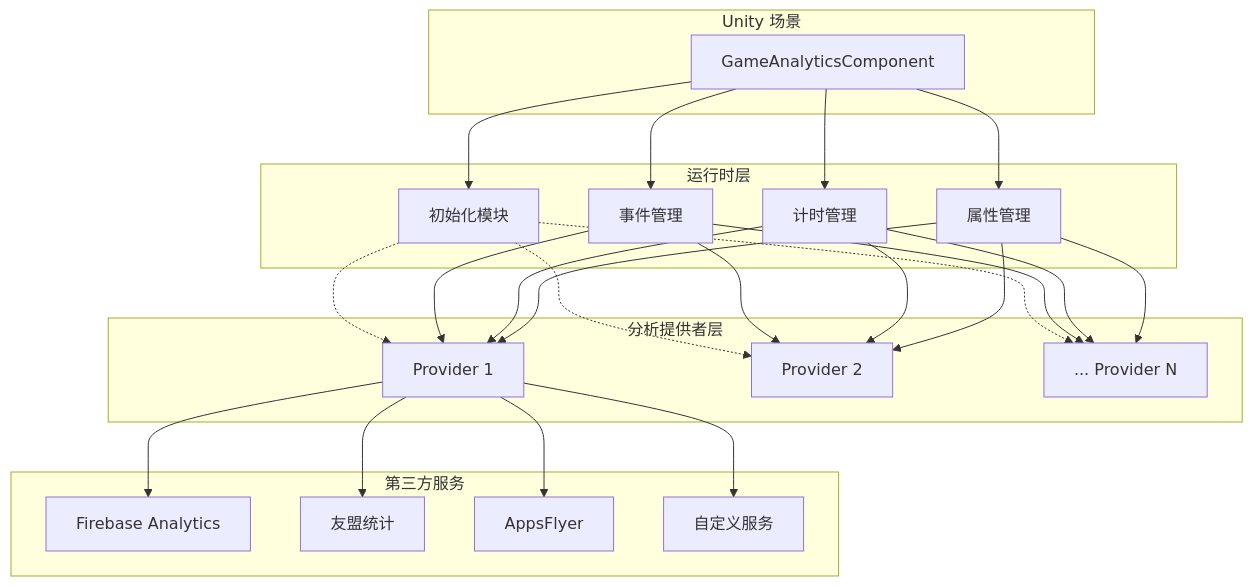
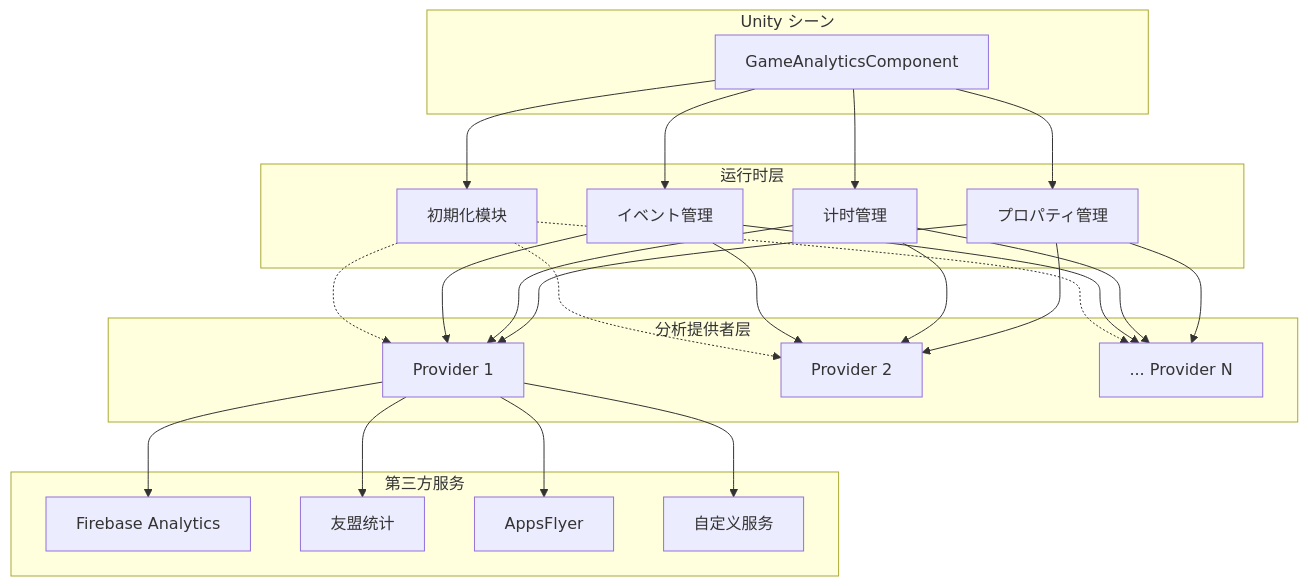
One commit to AlianBlank/GameFrameX.Docs changed the first of 2 diagrams in docs/ja/client/unity/component/gameanalytics/03.getting-started.md. Above: the diagram before and after it, drawn with Mermaid. The commit also changed other lines of this file and 603 other files, not shown here.

````diff
--- a/docs/ja/client/unity/component/gameanalytics/03.getting-started.md
+++ b/docs/ja/client/unity/component/gameanalytics/03.getting-started.md
@@ -16,52 +16,52 @@
 ```mermaid
 flowchart TD
-    subgraph UnityScene["Unity 场景"]
+    subgraph UnityScene["Unity シーン"]
         GAC[GameAnalyticsComponent]
     end
 
     subgraph Runtime["运行时层"]
-        Init[初始化模块]
-        EventMgr[事件管理]
+        Init[初期化模块]
+        EventMgr[イベント管理]
         TimerMgr[计时管理]
-        PropMgr[属性管理]
+        PropMgr[プロパティ管理]
     end
 
     subgraph Provider["分析提供者层"]
         Provider1[Provider 1]
         Provider2[Provider 2]
         ProviderN[... Provider N]
     end
 
     subgraph External["第三方服务"]
         Firebase[Firebase Analytics]
         UMeng[友盟统计]
         AppsFlyer[AppsFlyer]
         Custom[自定义服务]
     end
 
     GAC --> Init
     GAC --> EventMgr
     GAC --> TimerMgr
     GAC --> PropMgr
 
     Init -.-> Provider1
     Init -.-> Provider2
     Init -.-> ProviderN
 
     EventMgr --> Provider1
     EventMgr --> Provider2
     EventMgr --> ProviderN
 
     TimerMgr --> Provider1
     TimerMgr --> Provider2
     TimerMgr --> ProviderN
 
     PropMgr --> Provider1
     PropMgr --> Provider2
     PropMgr --> ProviderN
 
     Provider1 --> Firebase
     Provider1 --> UMeng
     Provider1 --> AppsFlyer
     Provider1 --> Custom
 ```
````
